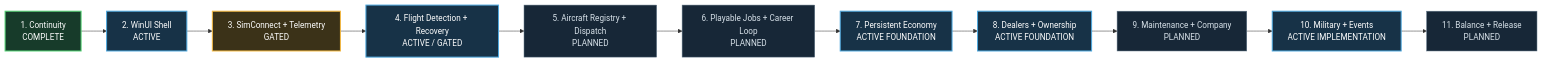
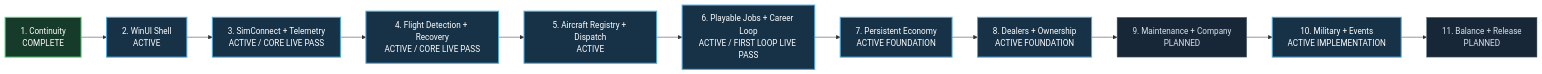
One commit to dhavalpddn-eng/OpenCareer changed the first of 2 diagrams in docs/development-master-checklist.md. Above: the diagram before and after it, drawn with Mermaid. The commit also changed other lines of this file and 3 other files, not shown here.

````diff
--- a/docs/development-master-checklist.md
+++ b/docs/development-master-checklist.md
@@ -28,23 +28,23 @@
 ```mermaid
 flowchart LR
     C1["1. Continuity<br/>COMPLETE"] --> C2["2. WinUI Shell<br/>ACTIVE"]
-    C2 --> C3["3. SimConnect + Telemetry<br/>GATED"]
-    C3 --> C4["4. Flight Detection + Recovery<br/>ACTIVE / GATED"]
-    C4 --> C5["5. Aircraft Registry + Dispatch<br/>PLANNED"]
-    C5 --> C6["6. Playable Jobs + Career Loop<br/>PLANNED"]
+    C2 --> C3["3. SimConnect + Telemetry<br/>ACTIVE / CORE LIVE PASS"]
+    C3 --> C4["4. Flight Detection + Recovery<br/>ACTIVE / CORE LIVE PASS"]
+    C4 --> C5["5. Aircraft Registry + Dispatch<br/>ACTIVE"]
+    C5 --> C6["6. Playable Jobs + Career Loop<br/>ACTIVE / FIRST LOOP LIVE PASS"]
     C6 --> C7["7. Persistent Economy<br/>ACTIVE FOUNDATION"]
     C7 --> C8["8. Dealers + Ownership<br/>ACTIVE FOUNDATION"]
     C8 --> C9["9. Maintenance + Company<br/>PLANNED"]
     C9 --> C10["10. Military + Events<br/>ACTIVE IMPLEMENTATION"]
     C10 --> C11["11. Balance + Release<br/>PLANNED"]
 
     classDef complete fill:#173b2a,stroke:#52D273,color:#ffffff,stroke-width:2px;
     classDef active fill:#173247,stroke:#4EA8DE,color:#ffffff,stroke-width:2px;
     classDef gated fill:#3b3218,stroke:#F4B942,color:#ffffff,stroke-width:2px;
     classDef planned fill:#172737,stroke:#5d7285,color:#d8e2ea,stroke-width:1px;
 
     class C1 complete;
     class C2,C4,C7,C8,C10 active;
-    class C3 gated;
-    class C5,C6,C9,C11 planned;
+    class C3,C5,C6 active;
+    class C9,C11 planned;
 ```
````
